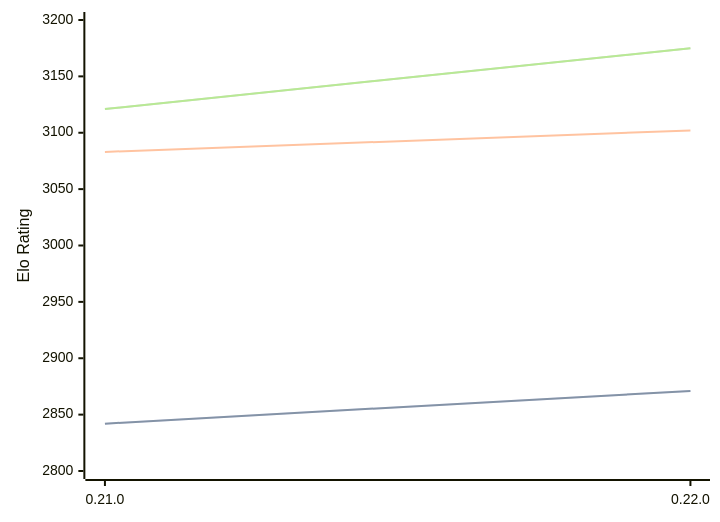
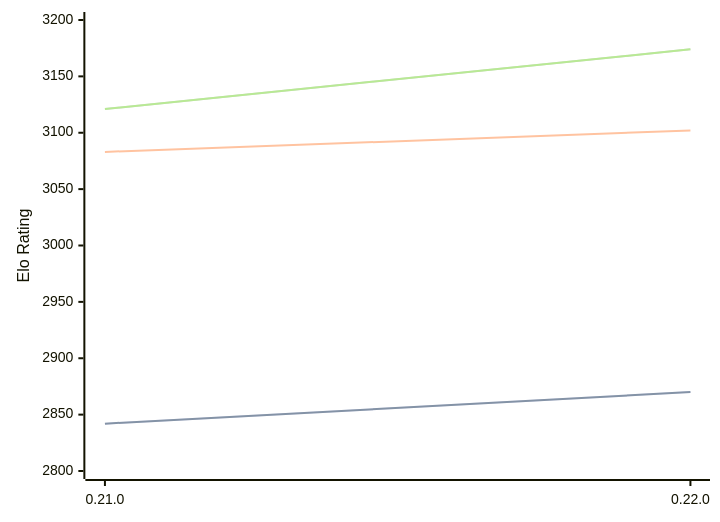
The diagram in engines/Princhess.md (computer-chess-index/cci), drawn with Mermaid before and after one commit. The commit also changed other lines of this file, not shown here.

Commit message:
Update CCI Ratings (ELO VLTC) - 2026-10-01

````diff
--- a/engines/Princhess.md
+++ b/engines/Princhess.md
@@ -32,11 +32,11 @@
 ```mermaid
 %%{init: {"theme":"base","themeVariables":{"seriesColors:['#a3a3a3','#222221','#faa371']}}}%%
 xychart-beta
   x-axis ["0.21.0", "0.22.0"]
   y-axis "Elo Rating" 2800 --> 3200
-  line "" [2842, 2871]
-  line "STC (8.0+0.08s)" [2842, 2871]
+  line "" [2842, 2870]
+  line "STC (8.0+0.08s)" [2842, 2870]
   line "LTC (60.0+0.60s)" [3083, 3102]
-  line "" [3121, 3175]
-  line "VLTC (2m24s+1.12s)" [3121, 3175]
+  line "" [3121, 3174]
+  line "VLTC (2m24s+1.12s)" [3121, 3174]
 ```
````
